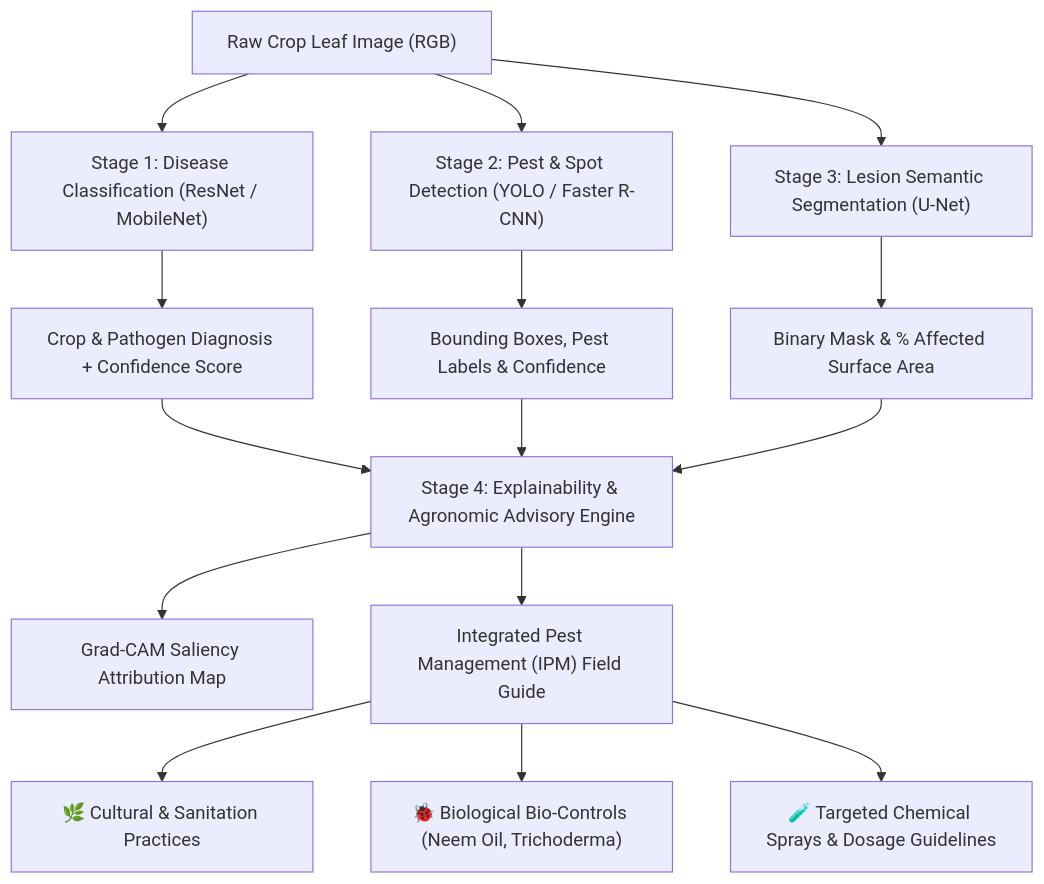
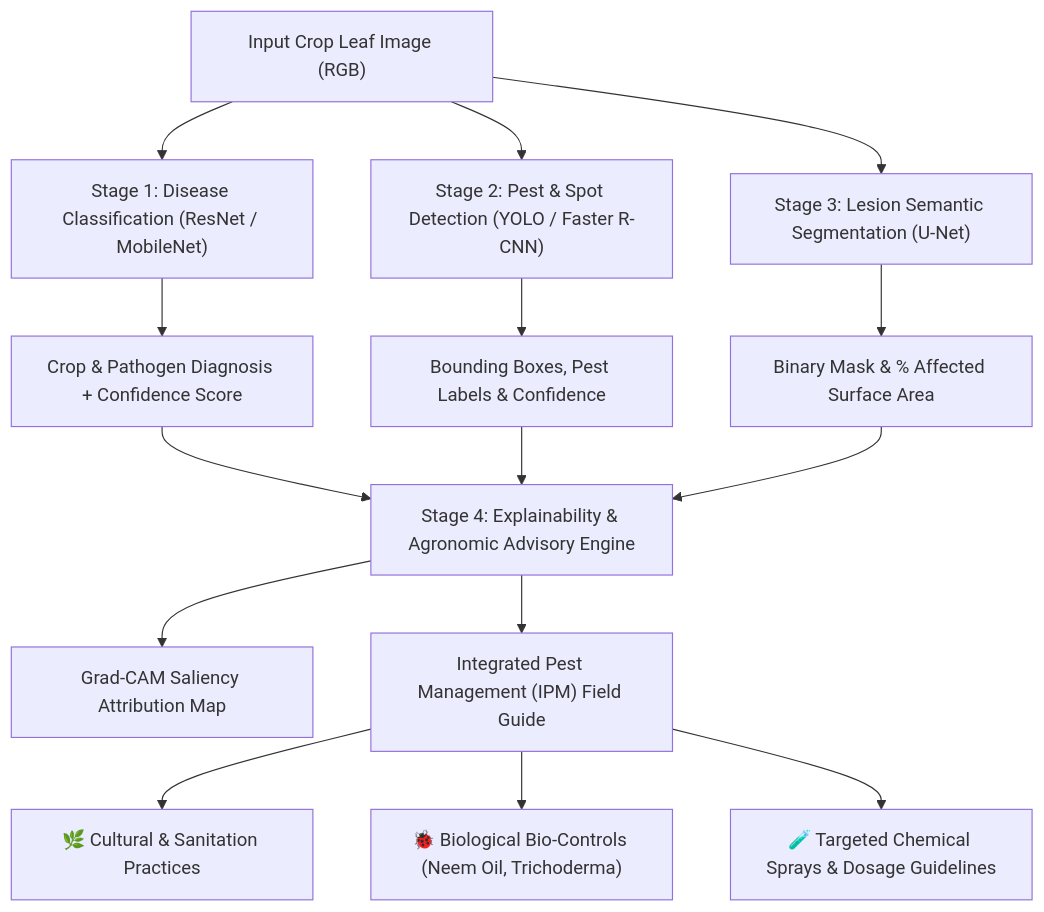
One commit to harshitchauhann95/crop-disease-pest-vision-cse471 changed the diagram in README.md. Above: the diagram before and after it, drawn with Mermaid. The commit also changed other lines of this file and 8 other files, not shown here.

````diff
--- a/README.md
+++ b/README.md
@@ -38,18 +26,18 @@
 ```mermaid
 flowchart TD
-    In["Raw Crop Leaf Image (RGB)"] --> S1["Stage 1: Disease Classification (ResNet / MobileNet)"]
+    In["Input Crop Leaf Image (RGB)"] --> S1["Stage 1: Disease Classification (ResNet / MobileNet)"]
     In --> S2["Stage 2: Pest & Spot Detection (YOLO / Faster R-CNN)"]
     In --> S3["Stage 3: Lesion Semantic Segmentation (U-Net)"]
 
     S1 --> D1["Crop & Pathogen Diagnosis + Confidence Score"]
     S2 --> D2["Bounding Boxes, Pest Labels & Confidence"]
     S3 --> D3["Binary Mask & % Affected Surface Area"]
 
     D1 & D2 & D3 --> S4["Stage 4: Explainability & Agronomic Advisory Engine"]
     S4 --> XAI["Grad-CAM Saliency Attribution Map"]
     S4 --> IPM["Integrated Pest Management (IPM) Field Guide"]
 
     IPM --> Adv1["🌿 Cultural & Sanitation Practices"]
     IPM --> Adv2["🐞 Biological Bio-Controls (Neem Oil, Trichoderma)"]
     IPM --> Adv3["🧪 Targeted Chemical Sprays & Dosage Guidelines"]
 ```
````
